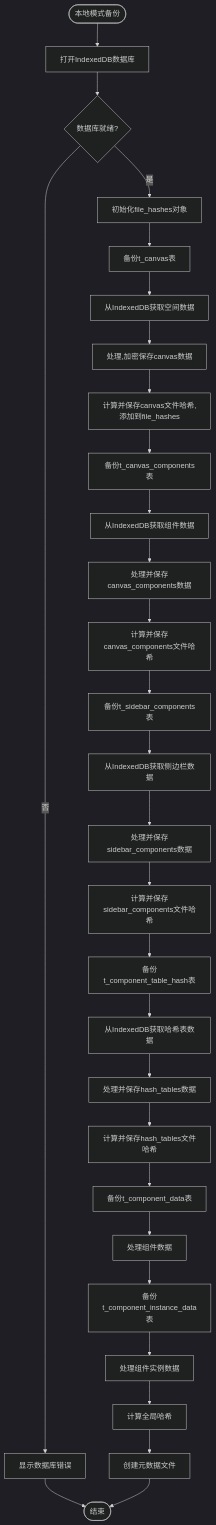
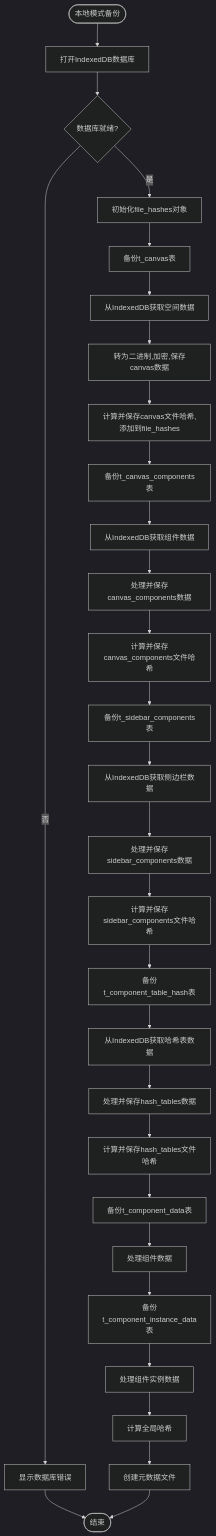
The diagram in all/未命名-56.md (yingjianzh/iodraw-files), drawn with Mermaid (dark theme) before and after one commit.

Commit message:
2025-05-12 14:13:28 update

````diff
--- a/all/未命名-56.md
+++ b/all/未命名-56.md
@@ -1,44 +1,44 @@
 ```mermaid
 
 flowchart TD
     Start([本地模式备份]) --> OpenDB[打开IndexedDB数据库]
     OpenDB --> DBReady{数据库就绪?}
     
     DBReady -->|否| ShowDBError[显示数据库错误]
     DBReady -->|是| InitHashObject[初始化file_hashes对象]
     
     ShowDBError --> End([结束])
     
     InitHashObject --> BackupCanvas[备份t_canvas表]
     BackupCanvas --> GetCanvasFromDB[从IndexedDB获取空间数据]
-    GetCanvasFromDB --> ProcessCanvasFile[处理,加密保存canvas数据]
+    GetCanvasFromDB --> ProcessCanvasFile[转为二进制,加密,保存canvas数据]
     ProcessCanvasFile --> AddCanvasHash[计算并保存canvas文件哈希,添加到file_hashes]
     
     AddCanvasHash --> BackupCanvasComps[备份t_canvas_components表]
     BackupCanvasComps --> GetCanvasCompsFromDB[从IndexedDB获取组件数据]
     GetCanvasCompsFromDB --> ProcessCanvasCompsFile[处理并保存canvas_components数据]
     ProcessCanvasCompsFile --> AddCanvasCompsHash[计算并保存canvas_components文件哈希]
     
     AddCanvasCompsHash --> BackupSidebarComps[备份t_sidebar_components表]
     BackupSidebarComps --> GetSidebarCompsFromDB[从IndexedDB获取侧边栏数据]
     GetSidebarCompsFromDB --> ProcessSidebarCompsFile[处理并保存sidebar_components数据]
     ProcessSidebarCompsFile --> AddSidebarCompsHash[计算并保存sidebar_components文件哈希]
     
     AddSidebarCompsHash --> BackupHashTables[备份t_component_table_hash表]
     BackupHashTables --> GetHashTablesFromDB[从IndexedDB获取哈希表数据]
     GetHashTablesFromDB --> ProcessHashTablesFile[处理并保存hash_tables数据]
     ProcessHashTablesFile --> AddHashTablesHash[计算并保存hash_tables文件哈希]
     
     AddHashTablesHash --> BackupCompData[备份t_component_data表]
     BackupCompData --> ProcessCompData[处理组件数据]
     
     ProcessCompData --> BackupInstData[备份t_component_instance_data表]
     BackupInstData --> ProcessInstData[处理组件实例数据]
     
     ProcessInstData --> CalculateGlobalHash[计算全局哈希]
     CalculateGlobalHash --> CreateMetadataFile[创建元数据文件]
     
     CreateMetadataFile --> End
 
 
 ```
````
